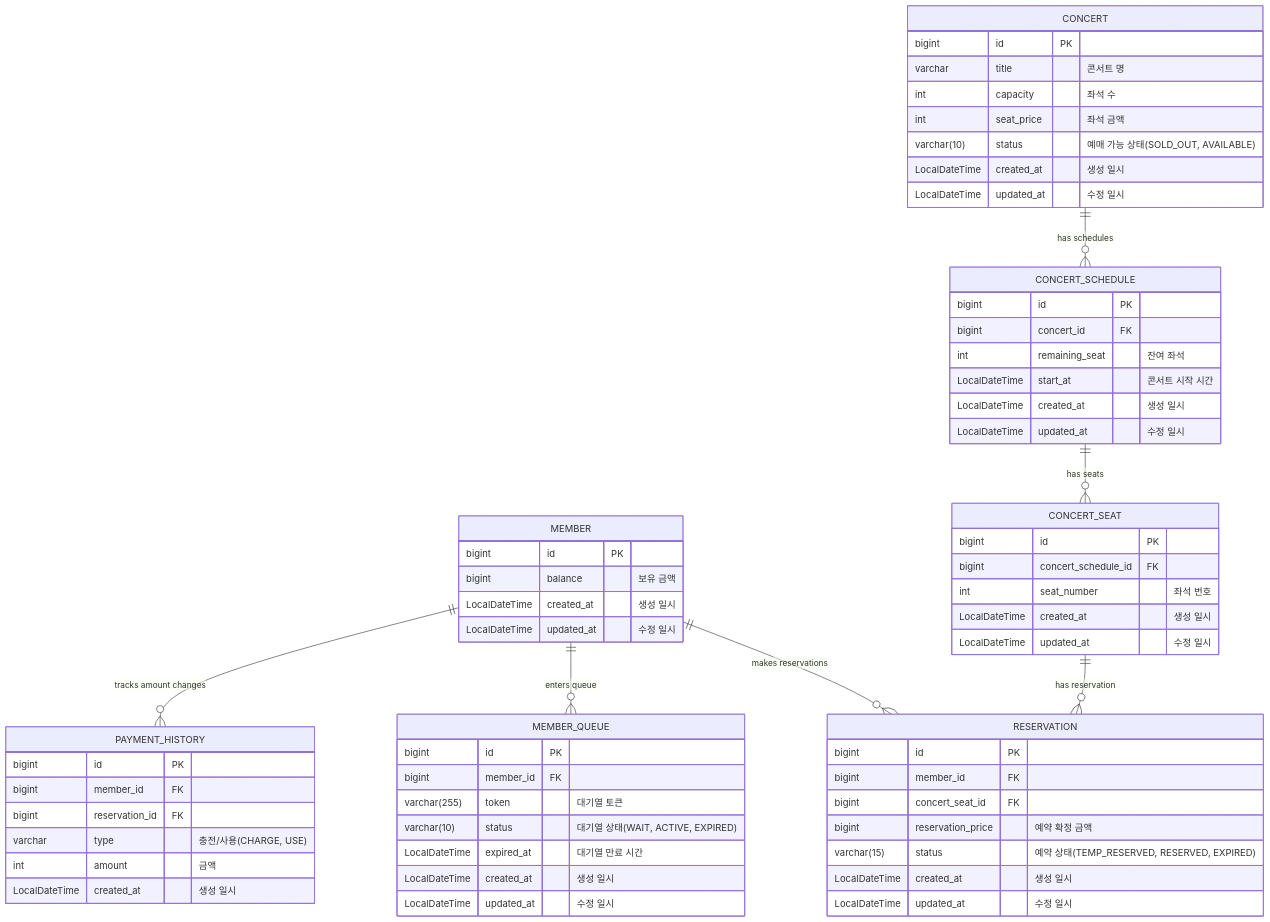
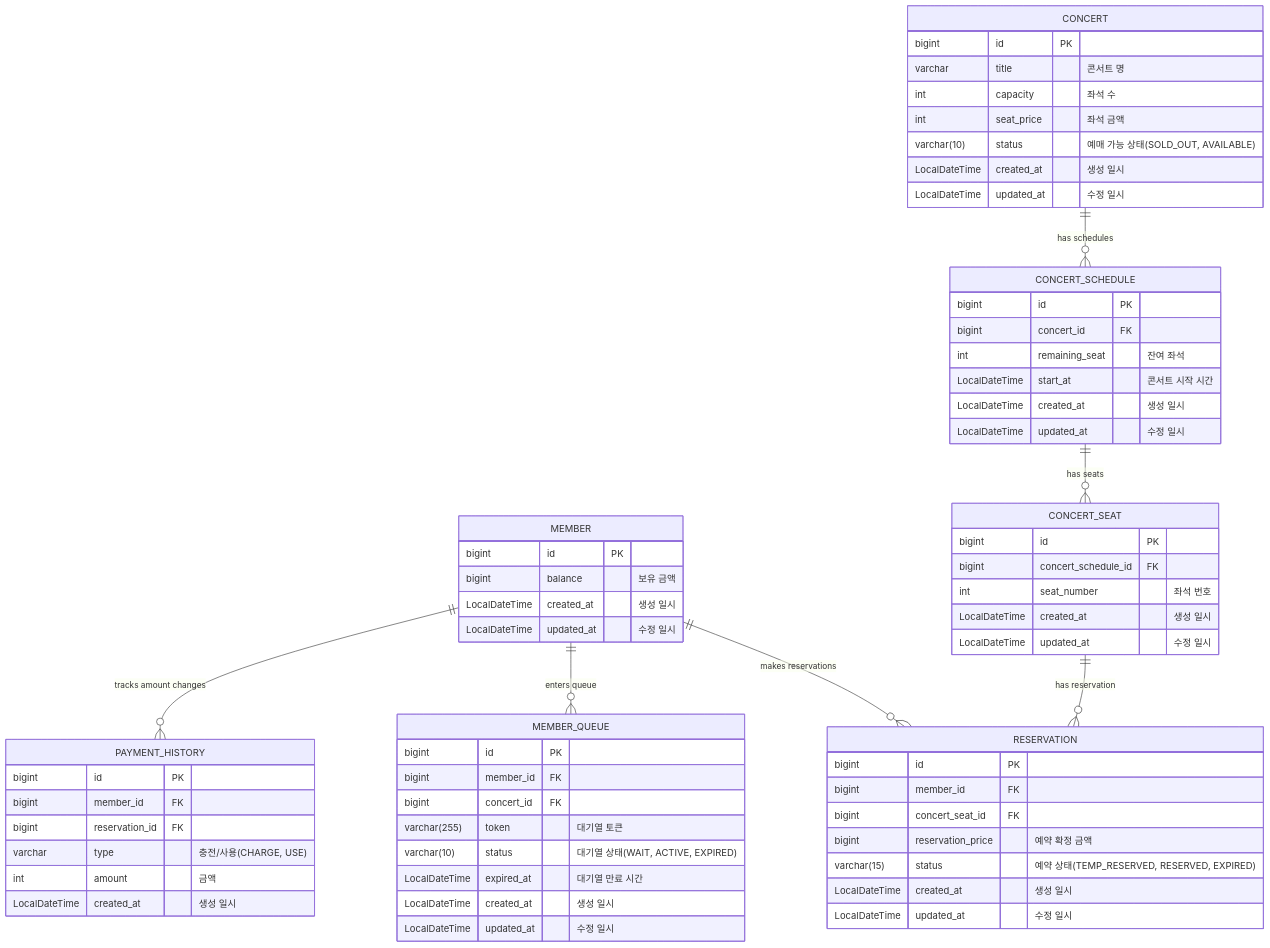
The diagram in docs/ERD.md (hwivelop/concert-reservation), drawn with Mermaid before and after one commit. The commit also changed 84 other files, not shown here.

````diff
--- a/docs/ERD.md
+++ b/docs/ERD.md
@@ -1,74 +1,75 @@
 ```mermaid
 erDiagram
     MEMBER {
         bigint id PK
         bigint balance "보유 금액"
         LocalDateTime created_at "생성 일시"
         LocalDateTime updated_at "수정 일시"
     }
 
     MEMBER_QUEUE {
         bigint id PK
         bigint member_id FK
+        bigint concert_id FK
         varchar(255) token "대기열 토큰"
         varchar(10) status "대기열 상태(WAIT, ACTIVE, EXPIRED)"
         LocalDateTime expired_at "대기열 만료 시간"
         LocalDateTime created_at "생성 일시"
         LocalDateTime updated_at "수정 일시"
     }
 
     CONCERT {
         bigint id PK
         varchar title "콘서트 명"
         int capacity "좌석 수"
         int seat_price "좌석 금액"
         varchar(10) status "예매 가능 상태(SOLD_OUT, AVAILABLE)"
         LocalDateTime created_at "생성 일시"
         LocalDateTime updated_at "수정 일시"
     }
 
     CONCERT_SCHEDULE {
         bigint id PK
         bigint concert_id FK
         int remaining_seat "잔여 좌석"
         LocalDateTime start_at "콘서트 시작 시간"
         LocalDateTime created_at "생성 일시"
         LocalDateTime updated_at "수정 일시"
     }
 
     CONCERT_SEAT {
         bigint id PK
         bigint concert_schedule_id FK
         int seat_number "좌석 번호"
 %%        boolean isAvailable "예매 가능 여부" // 보류
         LocalDateTime created_at "생성 일시"
         LocalDateTime updated_at "수정 일시"
     }
 
     RESERVATION {
         bigint id PK
         bigint member_id FK
         bigint concert_seat_id FK
         bigint reservation_price "예약 확정 금액"
         varchar(15) status "예약 상태(TEMP_RESERVED, RESERVED, EXPIRED)"
         LocalDateTime created_at "생성 일시"
         LocalDateTime updated_at "수정 일시"
     }
 
     PAYMENT_HISTORY {
         bigint id PK
         bigint member_id FK
         bigint reservation_id FK
         varchar type "충전/사용(CHARGE, USE)"
         int amount "금액"
         LocalDateTime created_at "생성 일시"
     }
 
     CONCERT ||--o{ CONCERT_SCHEDULE: "has schedules"
     CONCERT_SCHEDULE ||--o{ CONCERT_SEAT: "has seats"
     MEMBER ||--o{ RESERVATION: "makes reservations"
     MEMBER ||--o{ MEMBER_QUEUE: "enters queue"
     CONCERT_SEAT ||--o{ RESERVATION: "has reservation"
     MEMBER ||--o{ PAYMENT_HISTORY: "tracks amount changes"
 
 ```
````
